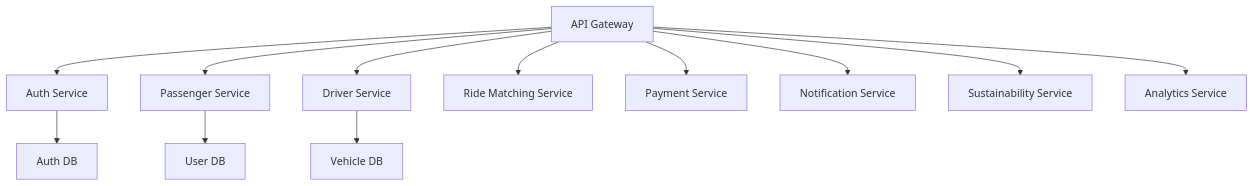
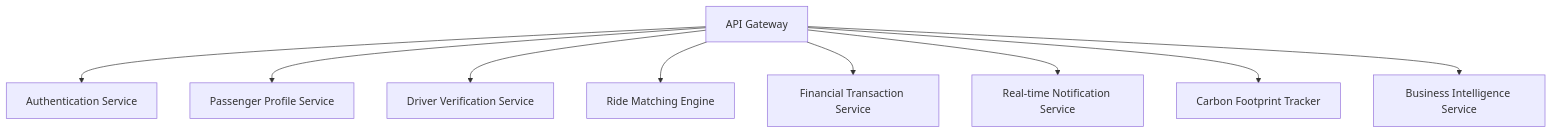
One commit to kenanhilberton/holbertonschool-ai4devs changed the diagram in architecture_blueprint_assistant/microservices_architecture.mmd. Above: the diagram before and after it, drawn with Mermaid. The commit also changed 2 other files, not shown here.

Commit message:
Fix: Elaborate on Sustainability metrics and ensure distinct service names

```diff
--- a/architecture_blueprint_assistant/microservices_architecture.mmd
+++ b/architecture_blueprint_assistant/microservices_architecture.mmd
@@ -1,12 +1,9 @@
 graph TD
-  A[API Gateway] --> B[Auth Service]
-  A --> C[Passenger Service]
-  A --> D[Driver Service]
-  A --> E[Ride Matching Service]
-  A --> F[Payment Service]
-  A --> G[Notification Service]
-  A --> H[Sustainability Service]
-  A --> I[Analytics Service]
-  B --> J[Auth DB]
-  C --> K[User DB]
-  D --> L[Vehicle DB]
+  A[API Gateway] --> B[Authentication Service]
+  A --> C[Passenger Profile Service]
+  A --> D[Driver Verification Service]
+  A --> E[Ride Matching Engine]
+  A --> F[Financial Transaction Service]
+  A --> G[Real-time Notification Service]
+  A --> H[Carbon Footprint Tracker]
+  A --> I[Business Intelligence Service]
```
